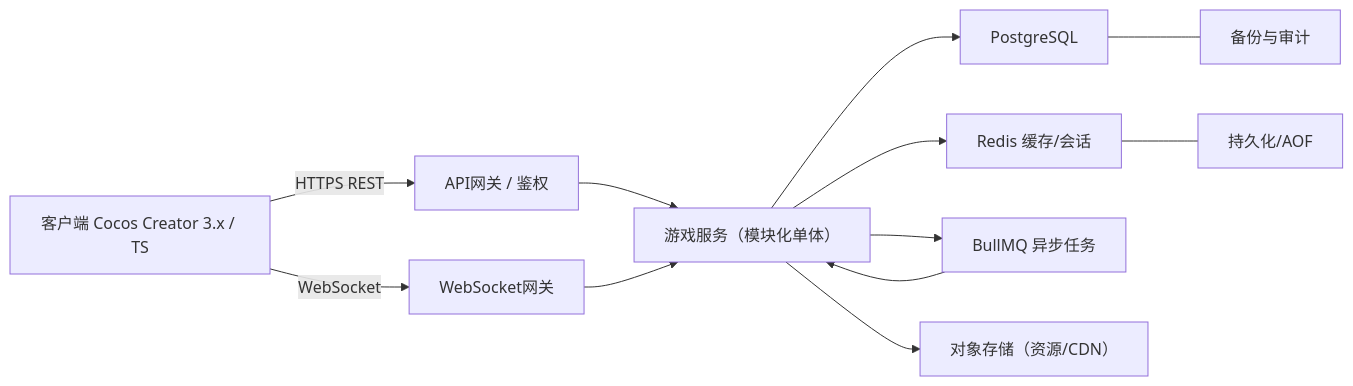
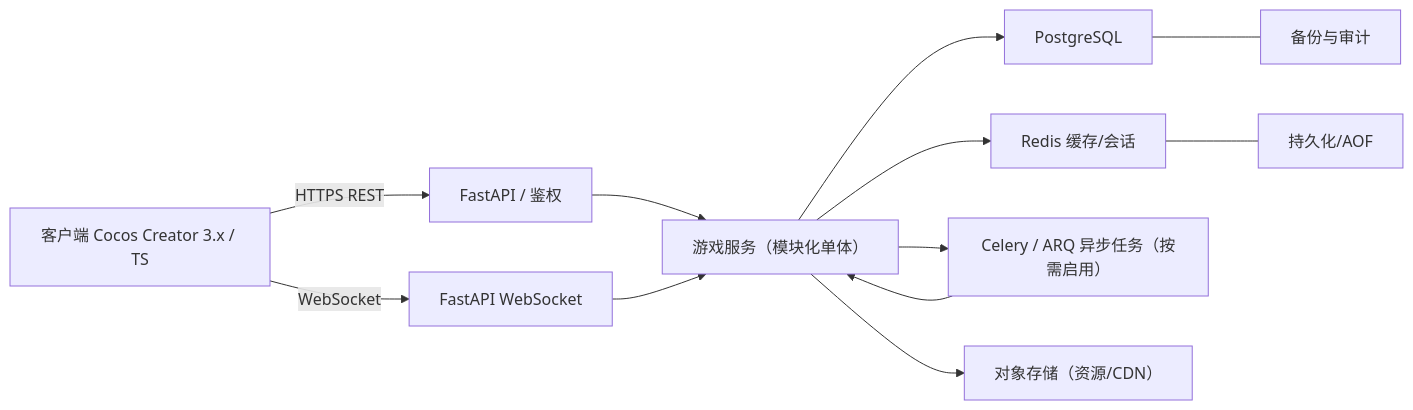
Before and after one commit to ansuns/Beyond-the-Unknown: the diagram in 无界之外_GDD_第17章_技术架构与数据规范.md, drawn with Mermaid. The commit also changed other lines of this file, not shown here.

Commit message:
docs: adopt Python FastAPI server stack

````diff
--- a/无界之外_GDD_第17章_技术架构与数据规范.md
+++ b/无界之外_GDD_第17章_技术架构与数据规范.md
@@ -55,14 +60,14 @@
 ``` mermaid
 flowchart LR
-    C["客户端 Cocos Creator 3.x / TS"] -->|HTTPS REST| GW["API网关 / 鉴权"]
-    C -->|WebSocket| WS["WebSocket网关"]
+    C["客户端 Cocos Creator 3.x / TS"] -->|HTTPS REST| GW["FastAPI / 鉴权"]
+    C -->|WebSocket| WS["FastAPI WebSocket"]
     GW --> SVC["游戏服务（模块化单体）"]
     WS --> SVC
     SVC --> PG["PostgreSQL"]
     SVC --> RD["Redis 缓存/会话"]
-    SVC --> MQ["BullMQ 异步任务"]
+    SVC --> MQ["Celery / ARQ 异步任务（按需启用）"]
     MQ --> SVC
     SVC --> OSS["对象存储（资源/CDN）"]
     PG --- BAQ["备份与审计"]
     RD --- BARD["持久化/AOF"]
 ```
````
